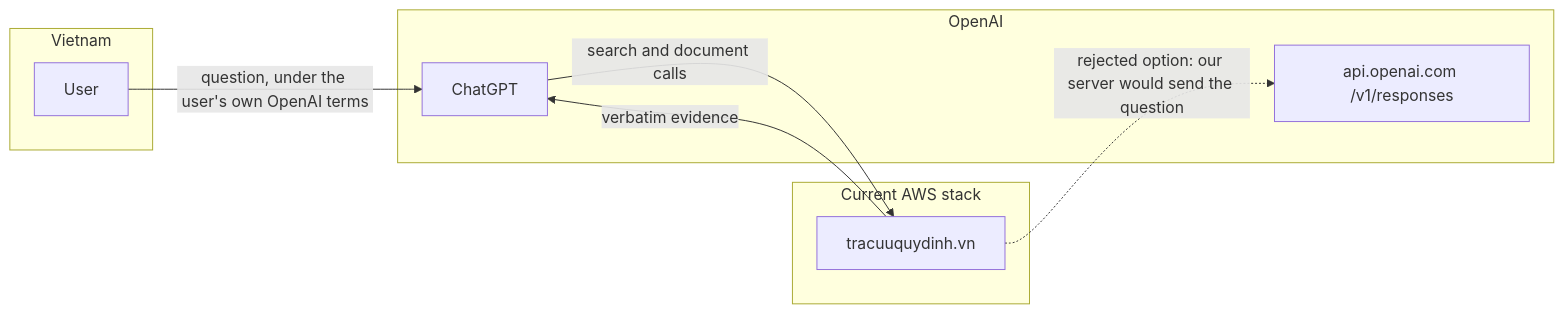
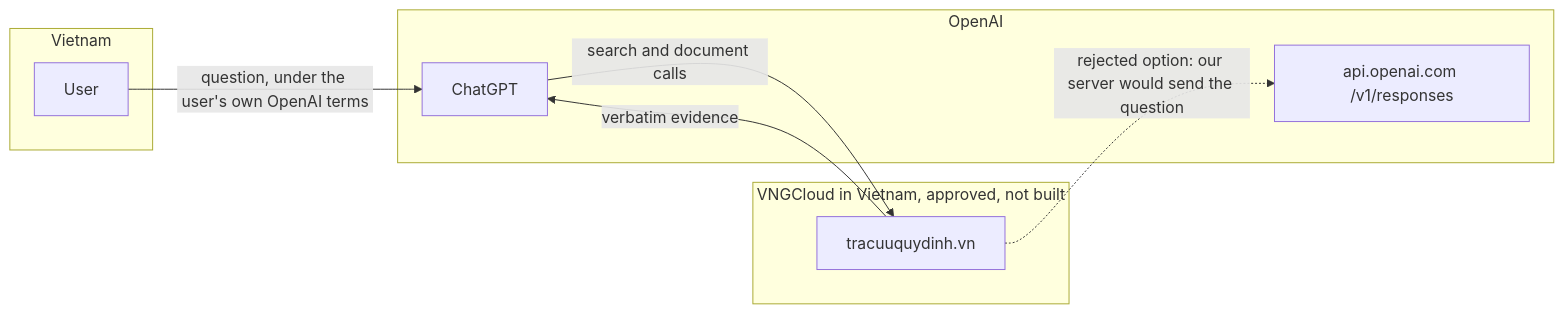
One commit to dannyota/banhmi changed the second of 2 diagrams in docs/design/WEBSITE.md. Above: the diagram before and after it, drawn with Mermaid. The commit also changed other lines of this file and 10 other files, not shown here.

````diff
--- a/docs/design/WEBSITE.md
+++ b/docs/design/WEBSITE.md
@@ -107,17 +107,17 @@
 ```mermaid
 flowchart LR
   subgraph VN["Vietnam"]
     U["User"]
   end
-  subgraph Host["Current AWS stack"]
+  subgraph Host["VNGCloud in Vietnam, approved, not built"]
     S["tracuuquydinh.vn"]
   end
   subgraph OpenAI["OpenAI"]
     C["ChatGPT"]
     O["api.openai.com /v1/responses"]
   end
   U -->|"question, under the user's own OpenAI terms"| C
   C -->|"search and document calls"| S
   S -->|"verbatim evidence"| C
   S -.->|"rejected option: our server would send the question"| O
 ```
````
